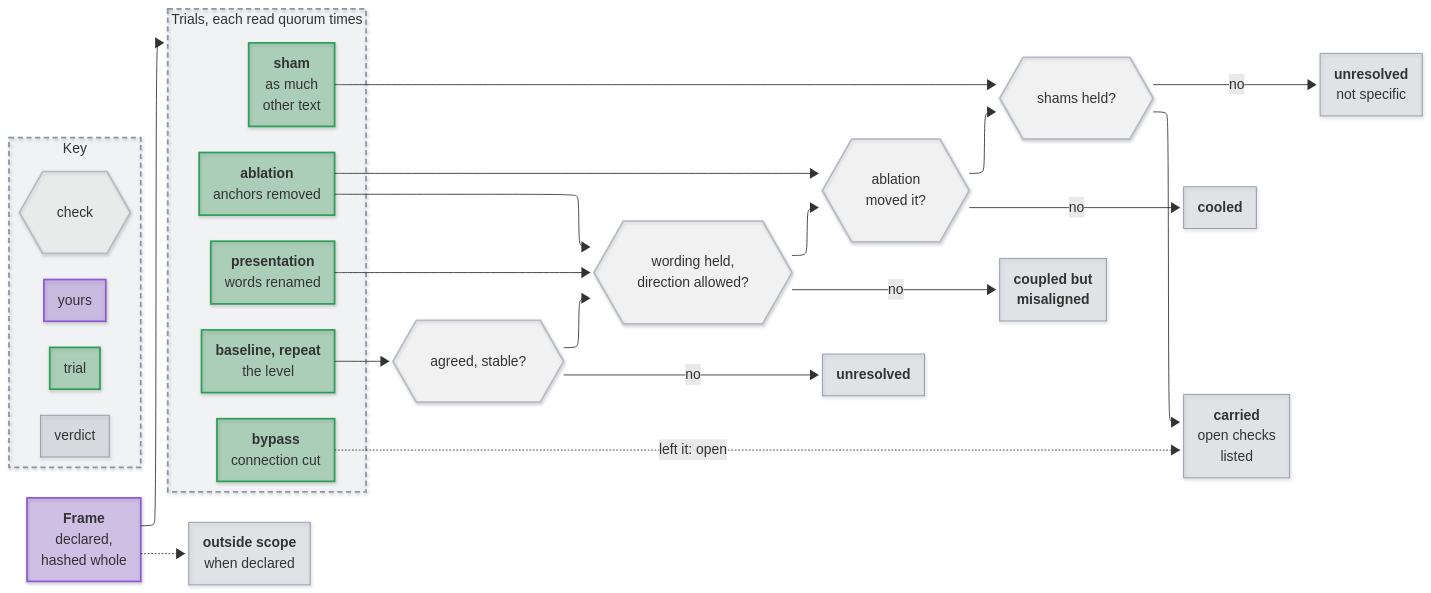
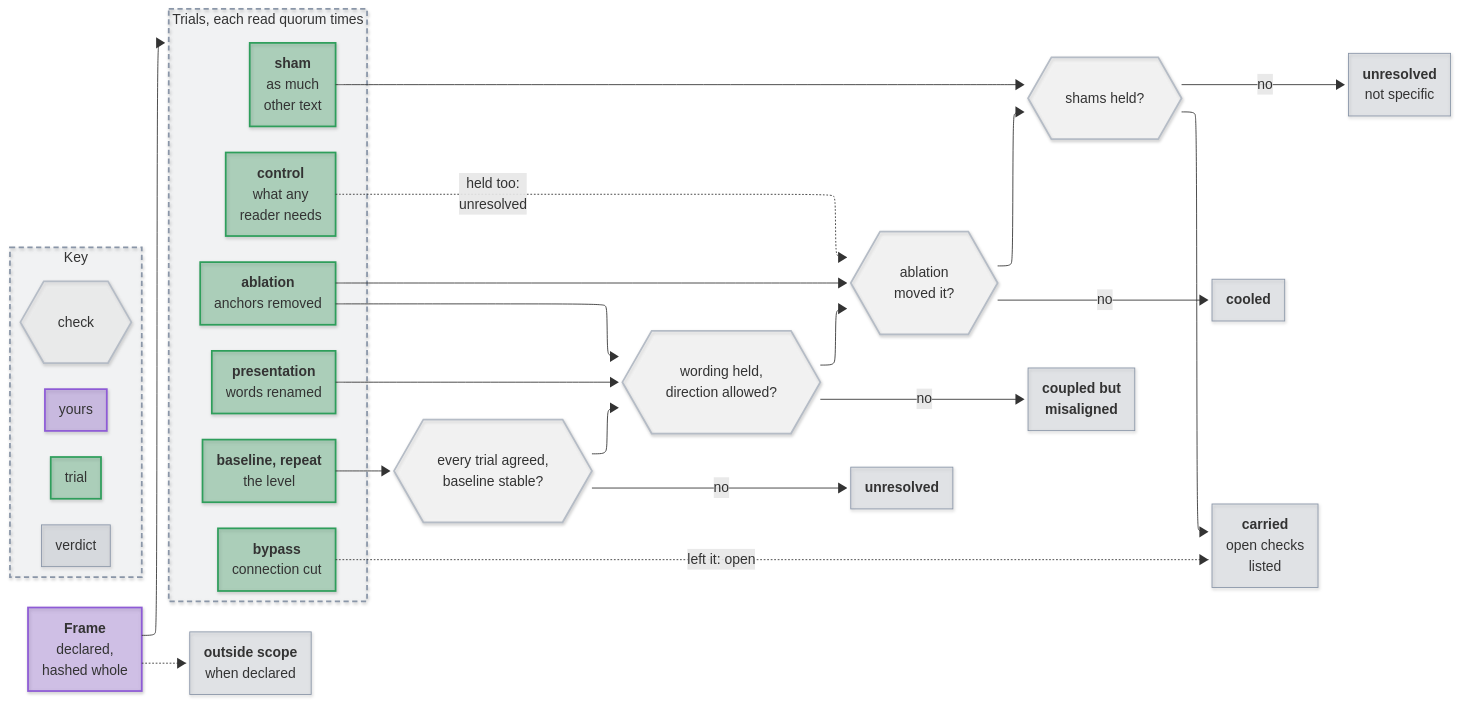
Before and after one commit to mirzahusadzic/gadfly: the diagram in README.md, drawn with Mermaid. The commit also changed other lines of this file and 3 other files, not shown here.

First line of the commit message:
docs: the frame's every key, the control trial, and charts that say what the rules do

```diff
--- a/README.md
+++ b/README.md
@@ -42,6 +46,12 @@
         .node foreignObject, .node foreignObject *, .edgeLabel, .edgeLabel * {
         font-family: -apple-system, BlinkMacSystemFont, "Segoe UI", "Noto Sans", Helvetica, Arial, sans-serif !important; line-height: 1.5 !important; }
         .node foreignObject, .node foreignObject * { white-space: nowrap !important; }
+        code { font-family: ui-monospace, SFMono-Regular, "SF Mono", Menlo,
+        Consolas, monospace; font-size: 0.9em; line-height: inherit;
+        color: inherit !important; text-shadow: none !important;
+        padding: 0 4px; border-radius: 4px;
+        background: color-mix(in srgb, currentColor 14%, transparent)
+        !important; }
         .edgeLabel, .edgeLabel p, .edgeLabel span {
         background: transparent !important; }
         .edgeLabel rect { fill: transparent !important; }
@@ -53,7 +63,6 @@
         background: var(--fill) !important; border-radius: 4px;
         box-shadow: 0 0 0 5px var(--fill), 0 0 0 7px var(--ring); }
         .label[data-id^="L_Q"] .labelBkg { --ring: #b5bcc6; }
-        .label[data-id^="L_FR_"] .labelBkg { --ring: #8e5bd6; }
         .edgeLabel p, .edgeLabel span, .edgeLabel text {
         --halo: var(--fill, var(--vscode-editor-background,
         var(--bgColor-default,
@@ -72,8 +81,9 @@
         AB["<b>ablation</b><br/>anchors removed"]
         SH["<b>sham</b><br/>as much<br/>other text"]
         BY["<b>bypass</b><br/>connection cut"]
+        CT["<b>control</b><br/>what any<br/>reader needs"]
     end
-    Q1{{"agreed, stable?"}}
+    Q1{{"every trial agreed,<br/>baseline stable?"}}
     Q2{{"wording held,<br/>direction allowed?"}}
     Q3{{"ablation<br/>moved it?"}}
     Q4{{"shams held?"}}
@@ -97,6 +107,7 @@
     AB --> Q2
     AB --> Q3
     SH --> Q4
+    CT -.->|"held too:<br/>unresolved"| Q3
     Q1 --> Q2 --> Q3 --> Q4 --> R5
     Q1 -->|"no"| R1
     Q2 -->|"no"| R2
@@ -112,7 +123,7 @@
     classDef engine fill:#2e9e5b4d,stroke:#2e9e5b,stroke-width:2px
     classDef group fill:#8a96a814,stroke:#8a96a8,stroke-width:2px,stroke-dasharray:6 4
     class FR person
-    class BR,AB,SH,PS,BY engine
+    class BR,AB,SH,PS,BY,CT engine
     class Q1,Q2,Q3,Q4 interface
     class R1,R2,R3,R4,R5,OS default
     class T,K group
```
